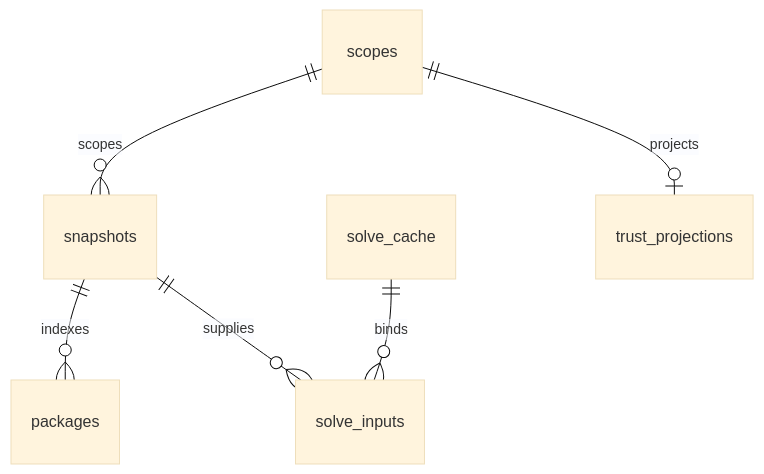
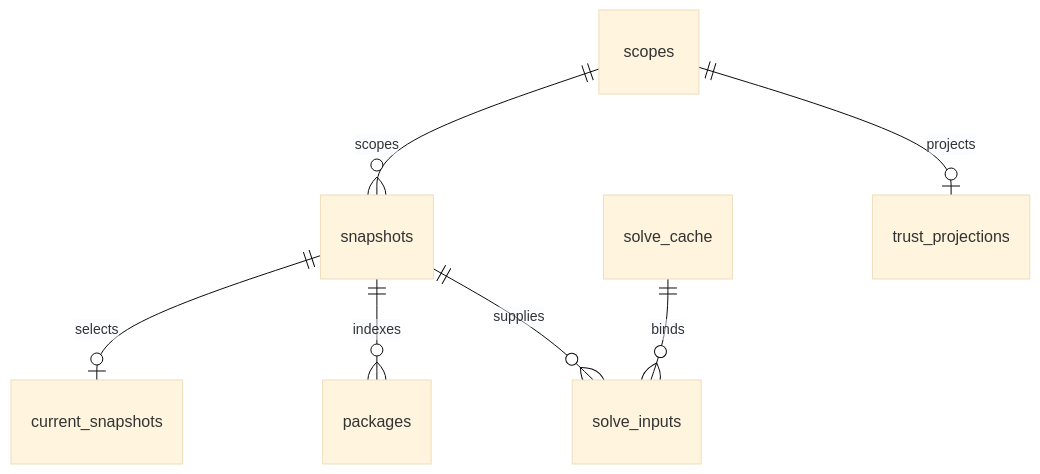
One commit to martin-juul/aslice changed the third of 10 diagrams in docs/DATABASE.md. Above: the diagram before and after it, drawn with Mermaid (base theme). The commit also changed other lines of this file and 15 other files, not shown here.

````diff
--- a/docs/DATABASE.md
+++ b/docs/DATABASE.md
@@ -187,8 +188,9 @@
 ```mermaid
 erDiagram
   scopes ||--o{ snapshots : scopes
+  snapshots ||--o| current_snapshots : selects
   snapshots ||--o{ packages : indexes
   solve_cache ||--o{ solve_inputs : binds
   snapshots ||--o{ solve_inputs : supplies
   scopes ||--o| trust_projections : projects
 ```
````
